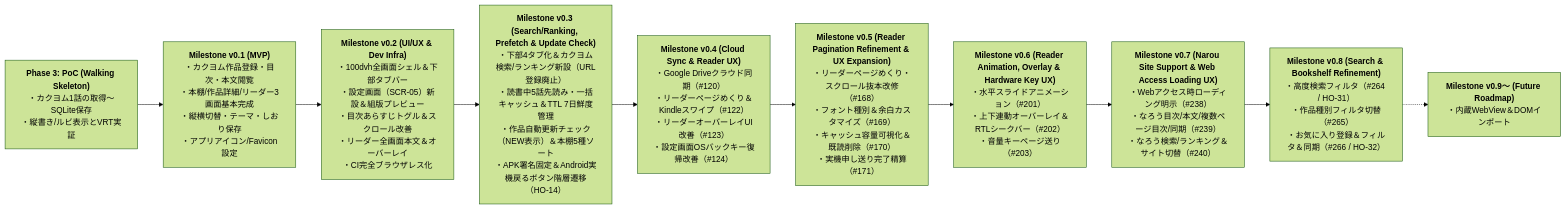
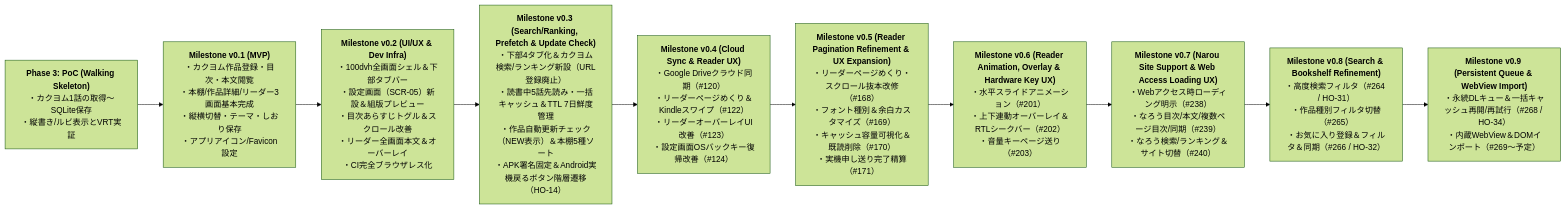
The diagram in docs/specs/requirements.md (high-soar/Yommy), drawn with Mermaid (forest theme) before and after one commit. The commit also changed other lines of this file and 8 other files, not shown here.

````diff
--- a/docs/specs/requirements.md
+++ b/docs/specs/requirements.md
@@ -197,15 +201,15 @@
 ```mermaid
 flowchart LR
     PoC["<b>Phase 3: PoC (Walking Skeleton)</b><br>・カクヨム1話の取得〜SQLite保存<br>・縦書き/ルビ表示とVRT実証"]
     M1["<b>Milestone v0.1 (MVP)</b><br>・カクヨム作品登録・目次・本文閲覧<br>・本棚/作品詳細/リーダー3画面基本完成<br>・縦横切替・テーマ・しおり保存<br>・アプリアイコン/Favicon設定"]
     M2["<b>Milestone v0.2 (UI/UX & Dev Infra)</b><br>・100dvh全画面シェル＆下部タブバー<br>・設定画面（SCR-05）新設＆組版プレビュー<br>・目次あらすじトグル＆スクロール改善<br>・リーダー全画面本文＆オーバーレイ<br>・CI完全ブラウザレス化"]
     M3["<b>Milestone v0.3 (Search/Ranking, Prefetch & Update Check)</b><br>・下部4タブ化＆カクヨム検索/ランキング新設（URL登録廃止）<br>・読書中5話先読み・一括キャッシュ＆TTL 7日鮮度管理<br>・作品自動更新チェック（NEW表示）＆本棚5種ソート<br>・APK署名固定＆Android実機戻るボタン階層遷移（HO-14）"]
     M4["<b>Milestone v0.4 (Cloud Sync & Reader UX)</b><br>・Google Driveクラウド同期（#120）<br>・リーダーページめくり＆Kindleスワイプ（#122）<br>・リーダーオーバーレイUI改善（#123）<br>・設定画面OSバックキー復帰改善（#124）"]
     M5["<b>Milestone v0.5 (Reader Pagination Refinement & UX Expansion)</b><br>・リーダーページめくり・スクロール抜本改修（#168）<br>・フォント種別＆余白カスタマイズ（#169）<br>・キャッシュ容量可視化＆既読削除（#170）<br>・実機申し送り完了精算（#171）"]
     M6["<b>Milestone v0.6 (Reader Animation, Overlay & Hardware Key UX)</b><br>・水平スライドアニメーション（#201）<br>・上下連動オーバーレイ＆RTLシークバー（#202）<br>・音量キーページ送り（#203）"]
     M7["<b>Milestone v0.7 (Narou Site Support & Web Access Loading UX)</b><br>・Webアクセス時ローディング明示（#238）<br>・なろう目次/本文/複数ページ目次/同期（#239）<br>・なろう検索/ランキング＆サイト切替（#240）"]
     M8["<b>Milestone v0.8 (Search & Bookshelf Refinement)</b><br>・高度検索フィルタ（#264 / HO-31）<br>・作品種別フィルタ切替（#265）<br>・お気に入り登録＆フィルタ＆同期（#266 / HO-32）"]
-    M9["<b>Milestone v0.9〜 (Future Roadmap)</b><br>・内蔵WebView＆DOMインポート"]
+    M9["<b>Milestone v0.9 (Persistent Queue & WebView Import)</b><br>・永続DLキュー＆一括キャッシュ再開/再試行（#268 / HO-34）<br>・内蔵WebView＆DOMインポート（#269〜予定）"]
 
-    PoC --> M1 --> M2 --> M3 --> M4 --> M5 --> M6 --> M7 --> M8 -.-> M9
+    PoC --> M1 --> M2 --> M3 --> M4 --> M5 --> M6 --> M7 --> M8 --> M9
 ```
````
